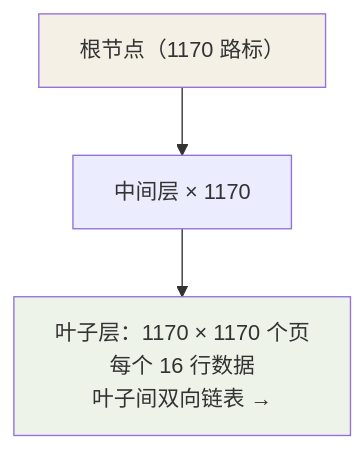
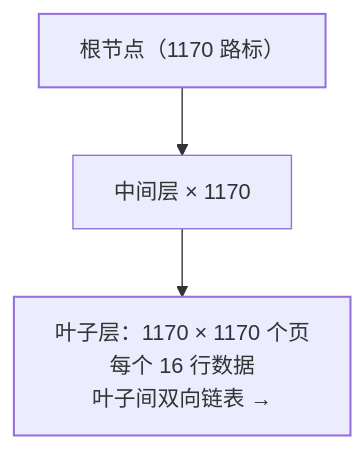
The diagram in src/content/docs/mysql/basic/core/02-index-btree.md (Loadhao/ascension), drawn with Mermaid before and after one commit. The commit also changed 87 other files, not shown here.

First line of the commit message:
fix: 全站图表配色改由主题接管，修复暗色主题下浅底浅字看不清

````diff
--- a/src/content/docs/mysql/basic/core/02-index-btree.md
+++ b/src/content/docs/mysql/basic/core/02-index-btree.md
@@ -40,8 +40,10 @@
 ```mermaid
 flowchart TB
     R["根节点（1170 路标）"] --> N1["中间层 × 1170"]
     N1 --> L["叶子层：1170 × 1170 个页<br/>每个 16 行数据<br/>叶子间双向链表 →"]
 
-    style R fill:#f5f0e6
-    style L fill:#eef3ea
+    class R hl
+    class L good
+    classDef hl stroke-width:1.5px
+    classDef good stroke-width:1.5px
 ```
````
